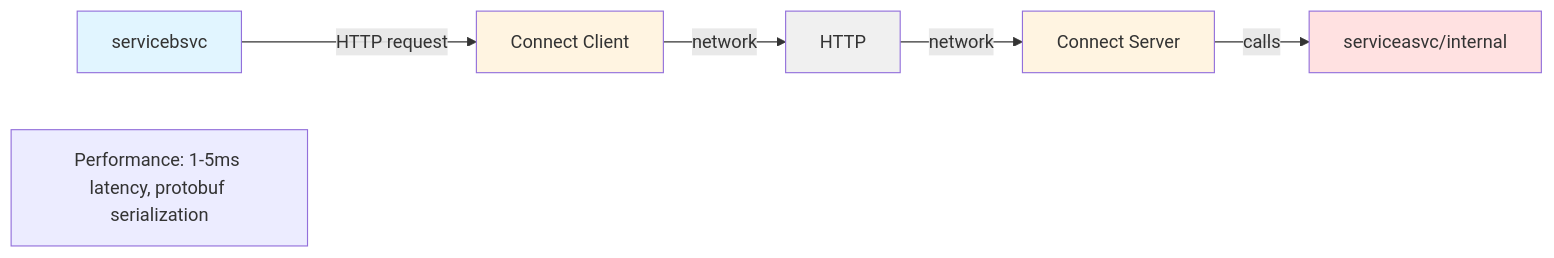
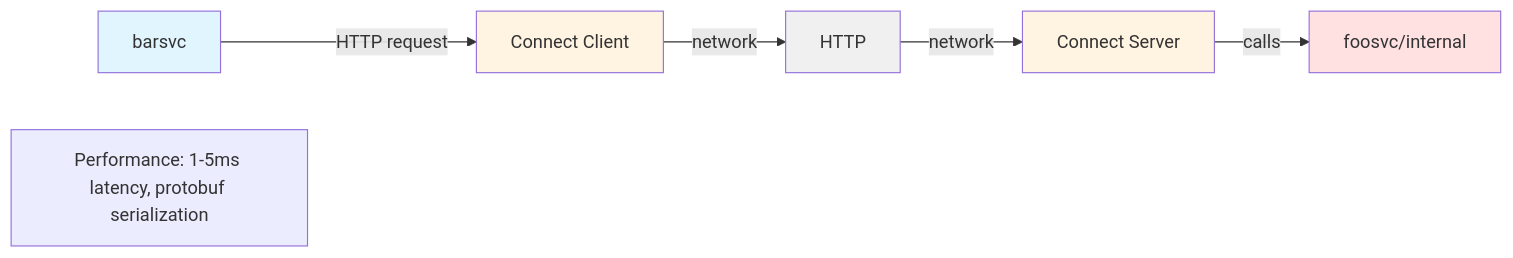
One commit to pivaldi/go-modular-monolith-white-paper changed the third of 5 diagrams in white-paper.md. Above: the diagram before and after it, drawn with Mermaid. The commit also changed other lines of this file and 20 other files, not shown here.

````diff
--- a/white-paper.md
+++ b/white-paper.md
@@ -301,15 +301,15 @@
 ```mermaid
 graph LR
-    servicebsvc["servicebsvc"] -->|HTTP request| connect_client["Connect Client"]
+    barsvc["barsvc"] -->|HTTP request| connect_client["Connect Client"]
     connect_client -->|network| http["HTTP"]
     http -->|network| connect_server["Connect Server"]
-    connect_server -->|calls| serviceasvc_internal["serviceasvc/internal"]
+    connect_server -->|calls| foosvc_internal["foosvc/internal"]
 
     note["Performance: 1-5ms latency, protobuf serialization"]
 
-    style servicebsvc fill:#e1f5ff
+    style barsvc fill:#e1f5ff
     style connect_client fill:#fff4e1
     style http fill:#f0f0f0
     style connect_server fill:#fff4e1
-    style serviceasvc_internal fill:#ffe1e1
+    style foosvc_internal fill:#ffe1e1
 ```
````
